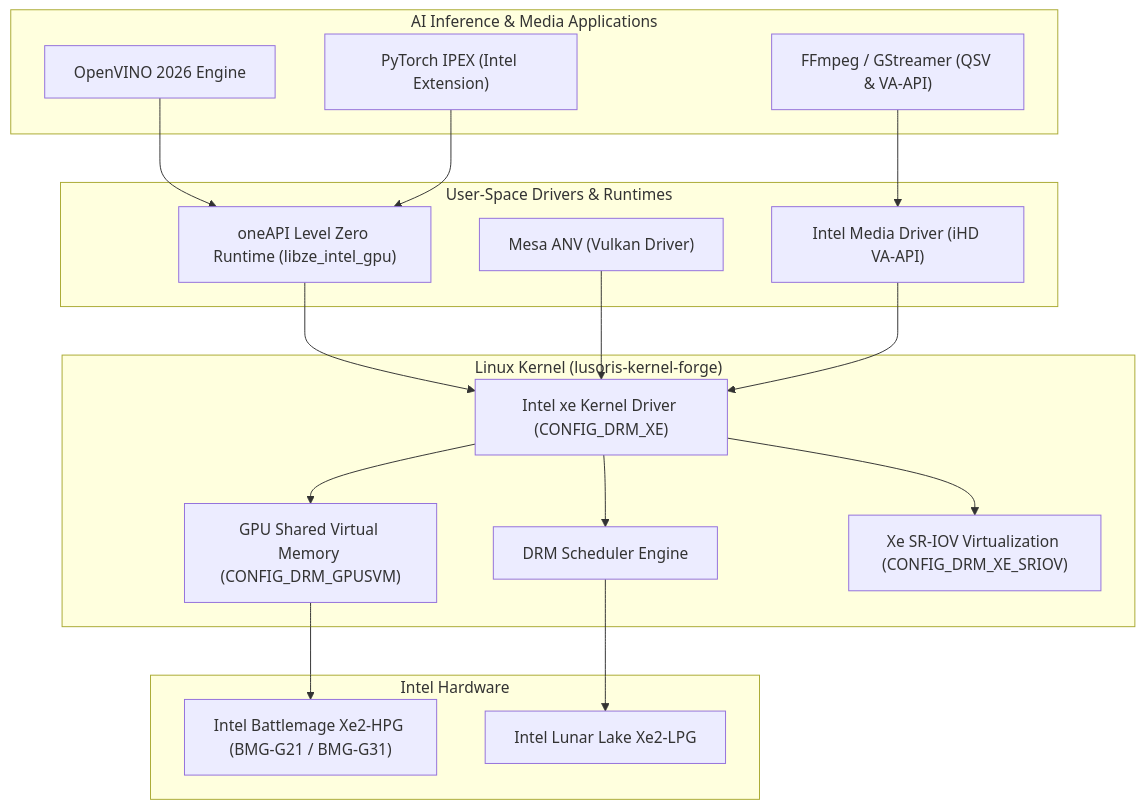
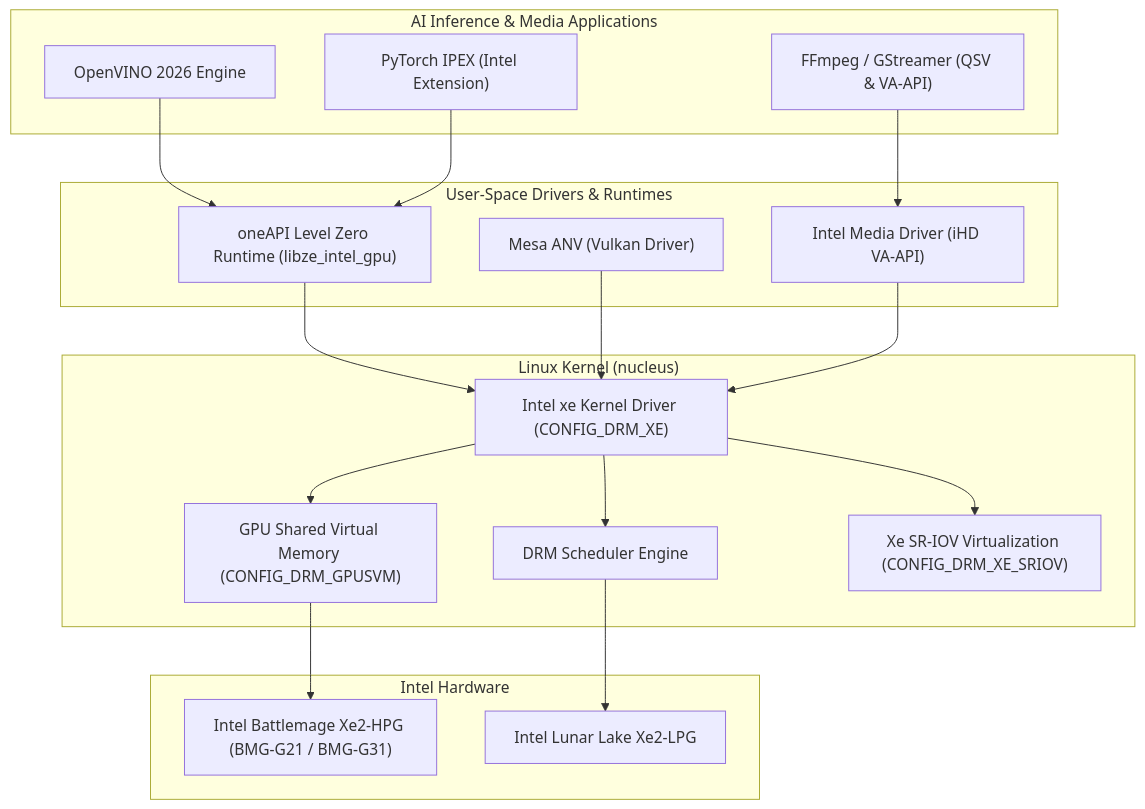
Before and after one commit to cordanaLLM/nucleus: the diagram in docs/hardware/intel-xe2.md, drawn with Mermaid. The commit also changed other lines of this file and 57 other files, not shown here.

````diff
--- a/docs/hardware/intel-xe2.md
+++ b/docs/hardware/intel-xe2.md
@@ -16,41 +16,41 @@
 ```mermaid
 flowchart TD
     subgraph AppLayer["AI Inference & Media Applications"]
         OV["OpenVINO 2026 Engine"]
         TORCH["PyTorch IPEX (Intel Extension)"]
         FFMPEG["FFmpeg / GStreamer (QSV & VA-API)"]
     end
 
     subgraph UserDrivers["User-Space Drivers & Runtimes"]
         L0["oneAPI Level Zero Runtime (libze_intel_gpu)"]
         ANV["Mesa ANV (Vulkan Driver)"]
         MEDIA["Intel Media Driver (iHD VA-API)"]
     end
 
-    subgraph KernelSubsystem["Linux Kernel (lusoris-kernel-forge)"]
+    subgraph KernelSubsystem["Linux Kernel (nucleus)"]
         XE["Intel xe Kernel Driver (CONFIG_DRM_XE)"]
         GPUSVM["GPU Shared Virtual Memory (CONFIG_DRM_GPUSVM)"]
         DRM_SCHED["DRM Scheduler Engine"]
         SRIOV["Xe SR-IOV Virtualization (CONFIG_DRM_XE_SRIOV)"]
     end
 
     subgraph PhysicalHW["Intel Hardware"]
         BMG["Intel Battlemage Xe2-HPG (BMG-G21 / BMG-G31)"]
         LNL["Intel Lunar Lake Xe2-LPG"]
     end
 
     OV --> L0
     TORCH --> L0
     FFMPEG --> MEDIA
     
     L0 --> XE
     ANV --> XE
     MEDIA --> XE
     
     XE --> GPUSVM
     XE --> DRM_SCHED
     XE --> SRIOV
     
     GPUSVM --> BMG
     DRM_SCHED --> LNL
 ```
````
